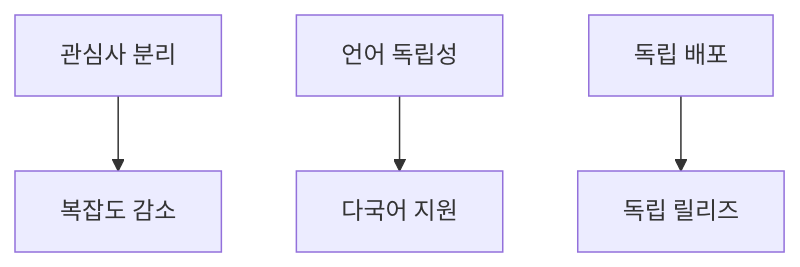
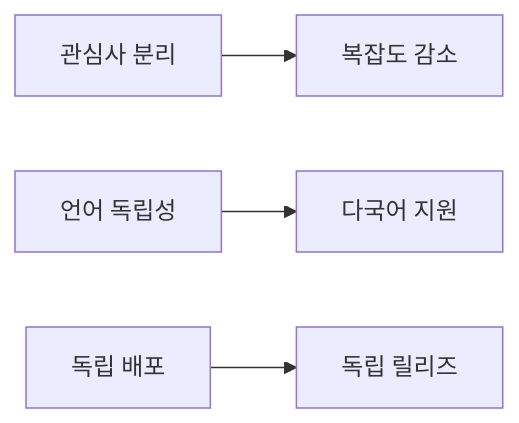
Before and after one commit to yjkim2015/yjkim2015.github.io: the seventh of 8 diagrams in _posts/architecture/2026-05-02-sidecar-pattern.md, drawn with Mermaid. The commit also changed other lines of this file and 84 other files, not shown here.

First line of the commit message:
85개 포스트 Mermaid 다이어그램 규칙 일괄 수정

````diff
--- a/_posts/architecture/2026-05-02-sidecar-pattern.md
+++ b/_posts/architecture/2026-05-02-sidecar-pattern.md
@@ -867,6 +863,6 @@
 ```mermaid
-graph TB
-    P1["관심사 분리"] --> Benefit1["복잡도 감소"]
-    P2["언어 독립성"] --> Benefit2["다국어 지원"]
-    P3["독립 배포"] --> Benefit3["독립 릴리즈"]
+graph LR
+    P1["관심사 분리"] --> B1["복잡도 감소"]
+    P2["언어 독립성"] --> B2["다국어 지원"]
+    P3["독립 배포"] --> B3["독립 릴리즈"]
 ```
````
